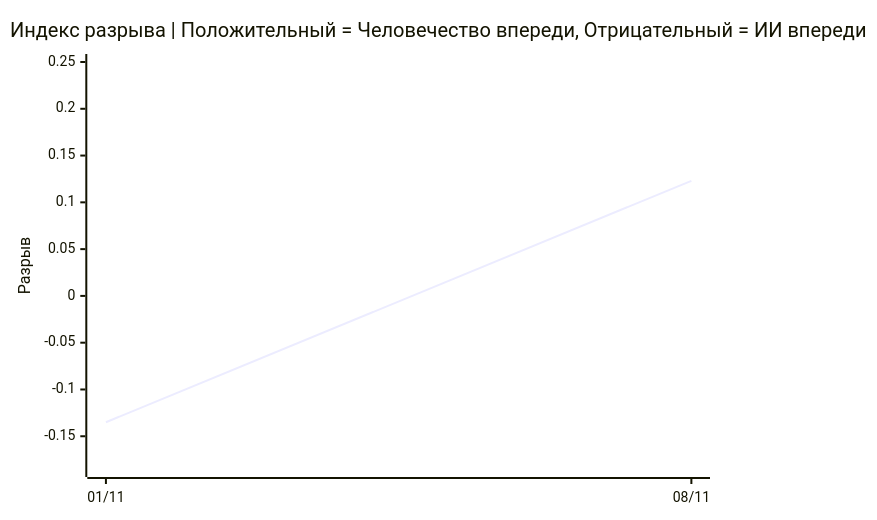
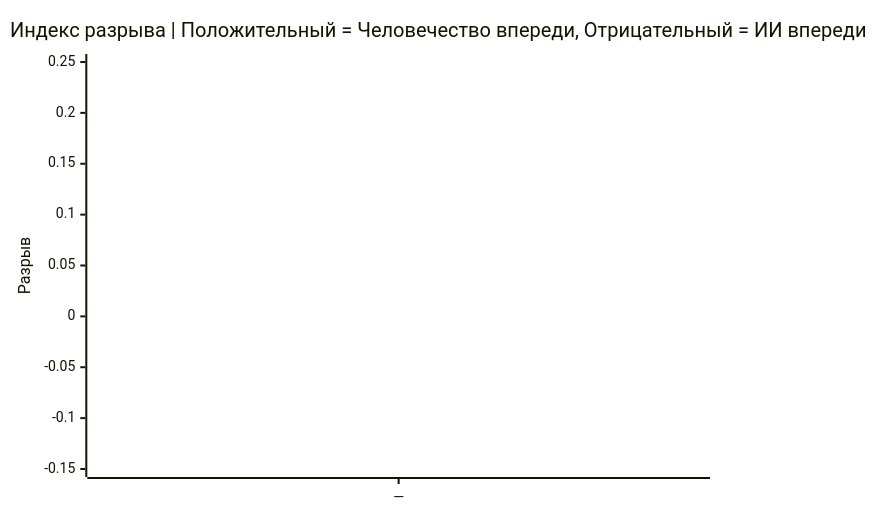
The second of 3 diagrams in README.ru.md (VQQLK/Human-AI-Monitor), drawn with Mermaid before and after one commit. The commit also changed other lines of this file and 2 other files, not shown here.

````diff
--- a/README.ru.md
+++ b/README.ru.md
@@ -44,7 +44,7 @@
 ```mermaid
 xychart-beta
     title "Индекс разрыва | Положительный = Человечество впереди, Отрицательный = ИИ впереди"
-    x-axis ["01/11", "08/11"]
-    y-axis "Разрыв" -0.185 --> 0.250
-    line [-0.135, 0.123]
+    x-axis ["—"]
+    y-axis "Разрыв" -0.150 --> 0.250
+    line [0]
 ```
````
